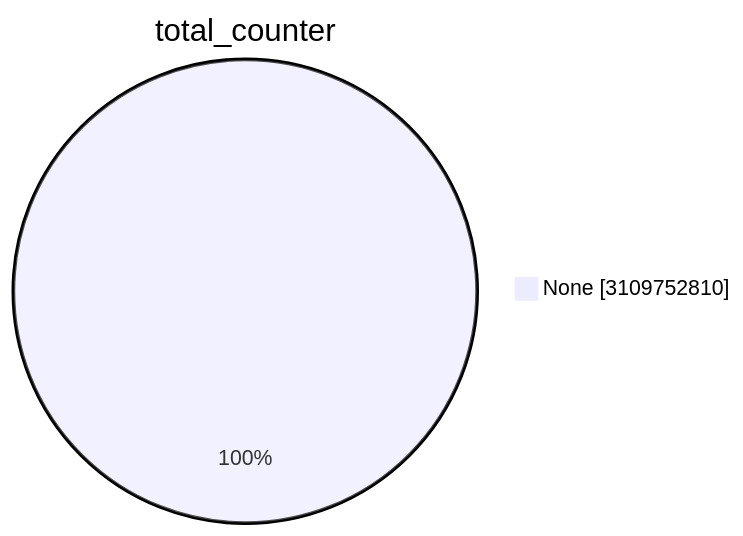
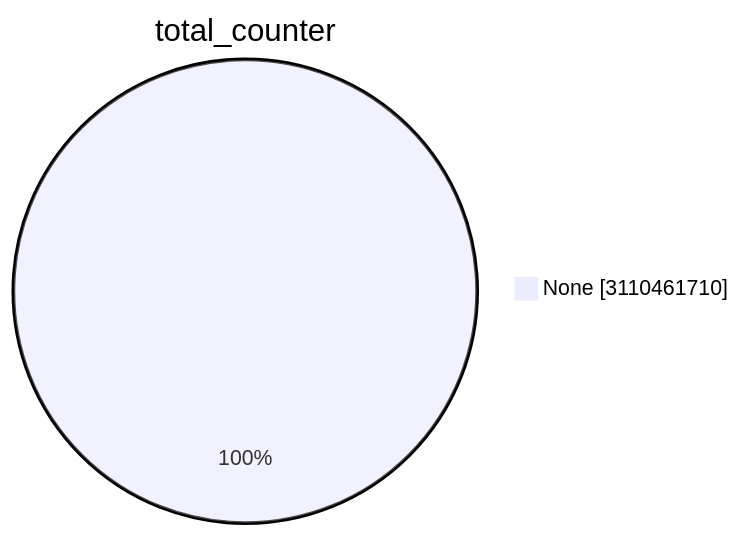
One commit to christiankrug/ctmonitor_visualization changed the first of 15 diagrams in TOTAL/README.md. Above: the diagram before and after it, drawn with Mermaid. The commit also changed other lines of this file, not shown here.

````diff
--- a/TOTAL/README.md
+++ b/TOTAL/README.md
@@ -1,5 +1,5 @@
 ```mermaid
 pie showData
 title total_counter
-"None" :3109752810
+"None" :3110461710
 ```
````
